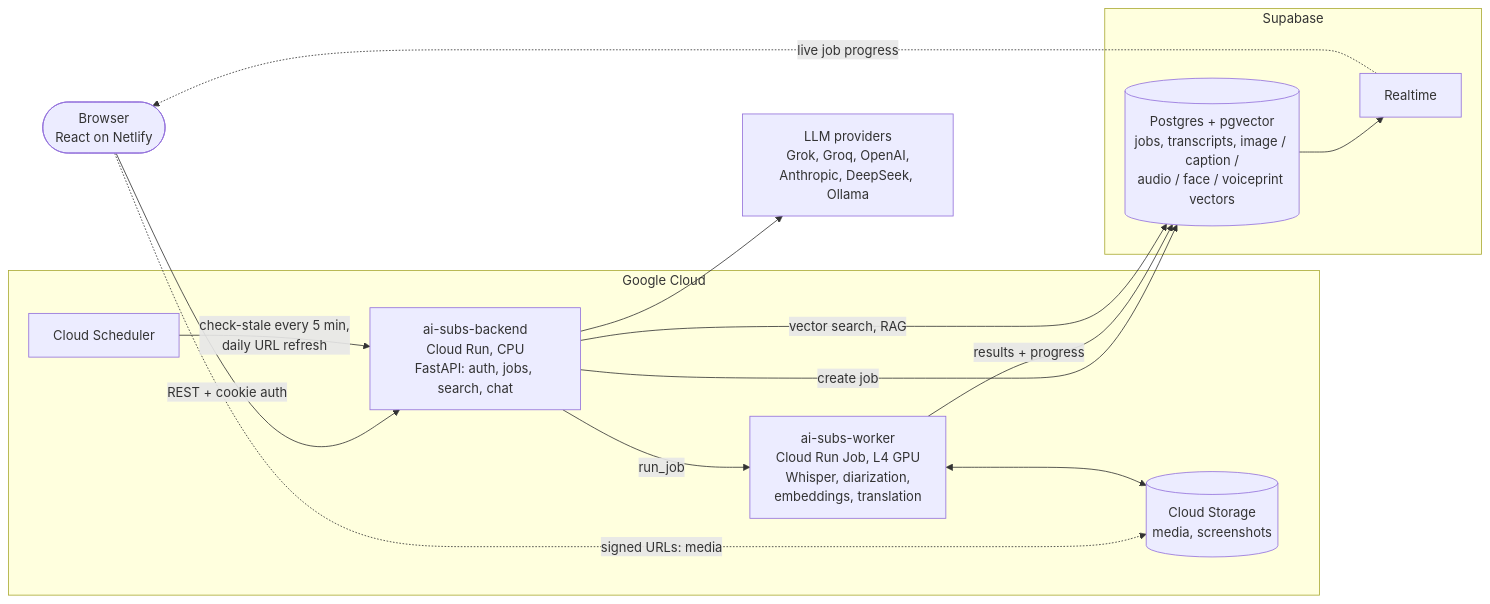
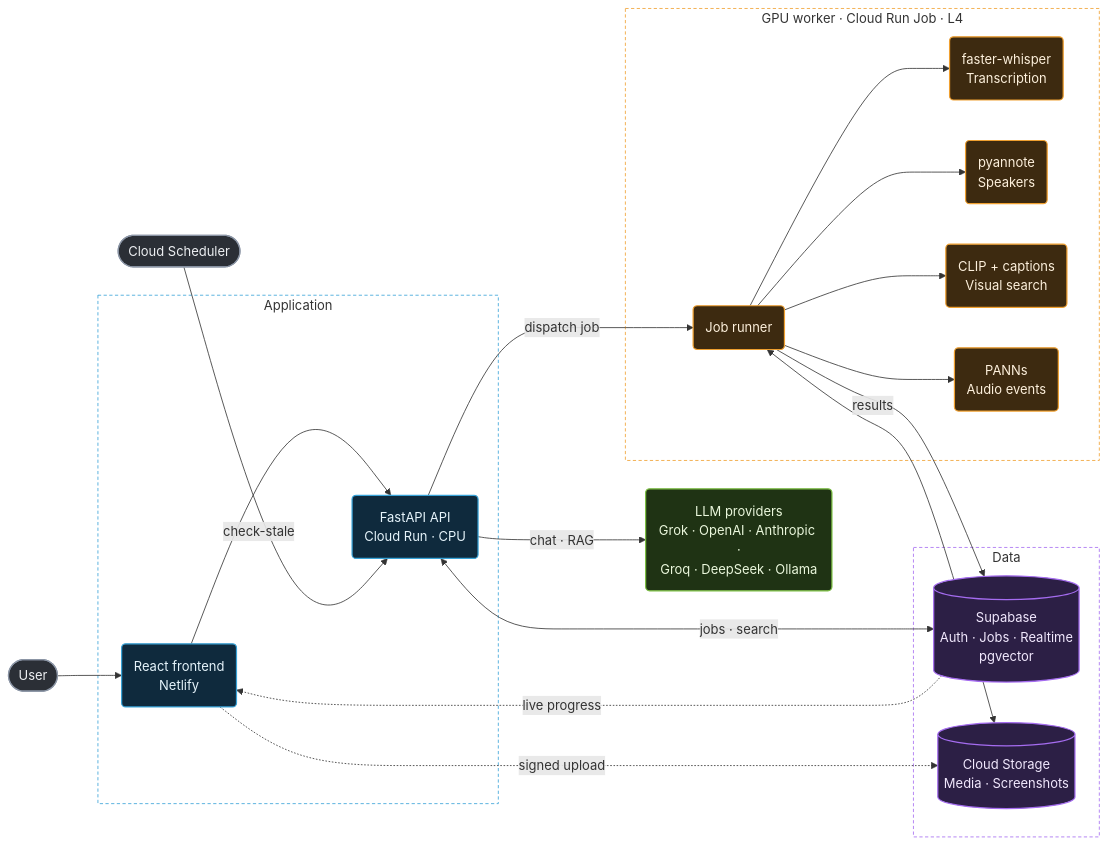
One commit to Ugur22/ai-subtitles changed the diagram in README.md. Above: the diagram before and after it, drawn with Mermaid.

Commit message:
Make README architecture diagram more readable
Group nodes by role (application, GPU worker, data), color by type, shorten
labels and cut edges so the diagram is legible without zooming.

````diff
--- a/README.md
+++ b/README.md
@@ -60,30 +60,51 @@
 ```mermaid
 flowchart LR
-    User([Browser<br/>React on Netlify])
+    User(["User"])
 
-    subgraph GCP["Google Cloud"]
-        API["ai-subs-backend<br/>Cloud Run, CPU<br/>FastAPI: auth, jobs, search, chat"]
-        Worker["ai-subs-worker<br/>Cloud Run Job, L4 GPU<br/>Whisper, diarization,<br/>embeddings, translation"]
-        GCS[("Cloud Storage<br/>media, screenshots")]
-        Sched[Cloud Scheduler]
+    subgraph App["Application"]
+        FE("React frontend<br/>Netlify")
+        API("FastAPI API<br/>Cloud Run · CPU")
     end
 
-    subgraph SB["Supabase"]
-        PG[("Postgres + pgvector<br/>jobs, transcripts, image / caption /<br/>audio / face / voiceprint vectors")]
-        RT[Realtime]
+    subgraph GPU["GPU worker · Cloud Run Job · L4"]
+        Runner("Job runner")
+        WH("faster-whisper<br/>Transcription")
+        PY("pyannote<br/>Speakers")
+        CL("CLIP + captions<br/>Visual search")
+        AU("PANNs<br/>Audio events")
     end
 
-    LLM["LLM providers<br/>Grok, Groq, OpenAI,<br/>Anthropic, DeepSeek, Ollama"]
+    subgraph Data["Data"]
+        SB[("Supabase<br/>Auth · Jobs · Realtime<br/>pgvector")]
+        GCS[("Cloud Storage<br/>Media · Screenshots")]
+    end
 
-    User -- "REST + cookie auth" --> API
-    User -. "signed URLs: media" .-> GCS
-    RT -. "live job progress" .-> User
-    API -- "create job" --> PG
-    API -- "run_job" --> Worker
-    Worker <--> GCS
-    Worker -- "results + progress" --> PG
-    PG --> RT
-    API -- "vector search, RAG" --> PG
-    API --> LLM
-    Sched -- "check-stale every 5 min,<br/>daily URL refresh" --> API
+    LLM("LLM providers<br/>Grok · OpenAI · Anthropic ·<br/>Groq · DeepSeek · Ollama")
+    Sched(["Cloud Scheduler"])
+
+    User --> FE --> API
+    API -->|dispatch job| Runner
+    Runner --> WH & PY & CL & AU
+    Runner -->|results| SB
+    Runner <--> GCS
+    API <-->|jobs · search| SB
+    SB -.->|live progress| FE
+    FE -.->|signed upload| GCS
+    API -->|chat · RAG| LLM
+    Sched -->|check-stale| API
+
+    classDef app fill:#0f2a3d,stroke:#38a3d8,color:#e6f4fb,stroke-width:1.5px
+    classDef gpu fill:#3d2a10,stroke:#f0a030,color:#fdf0dc,stroke-width:1.5px
+    classDef data fill:#2c1f45,stroke:#a56cf0,color:#f1e8fd,stroke-width:1.5px
+    classDef ai fill:#1f3314,stroke:#7cc043,color:#eaf7dc,stroke-width:1.5px
+    classDef misc fill:#2b2f36,stroke:#8b95a5,color:#eef0f3,stroke-width:1.5px
+
+    class FE,API app
+    class Runner,WH,PY,CL,AU gpu
+    class SB,GCS data
+    class LLM ai
+    class User,Sched misc
+    style App fill:none,stroke:#38a3d8,stroke-dasharray:4 3
+    style GPU fill:none,stroke:#f0a030,stroke-dasharray:4 3
+    style Data fill:none,stroke:#a56cf0,stroke-dasharray:4 3
 ```
````
